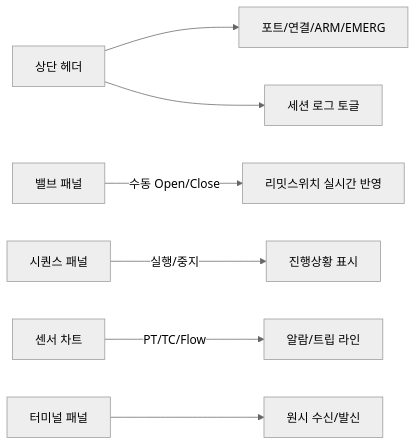
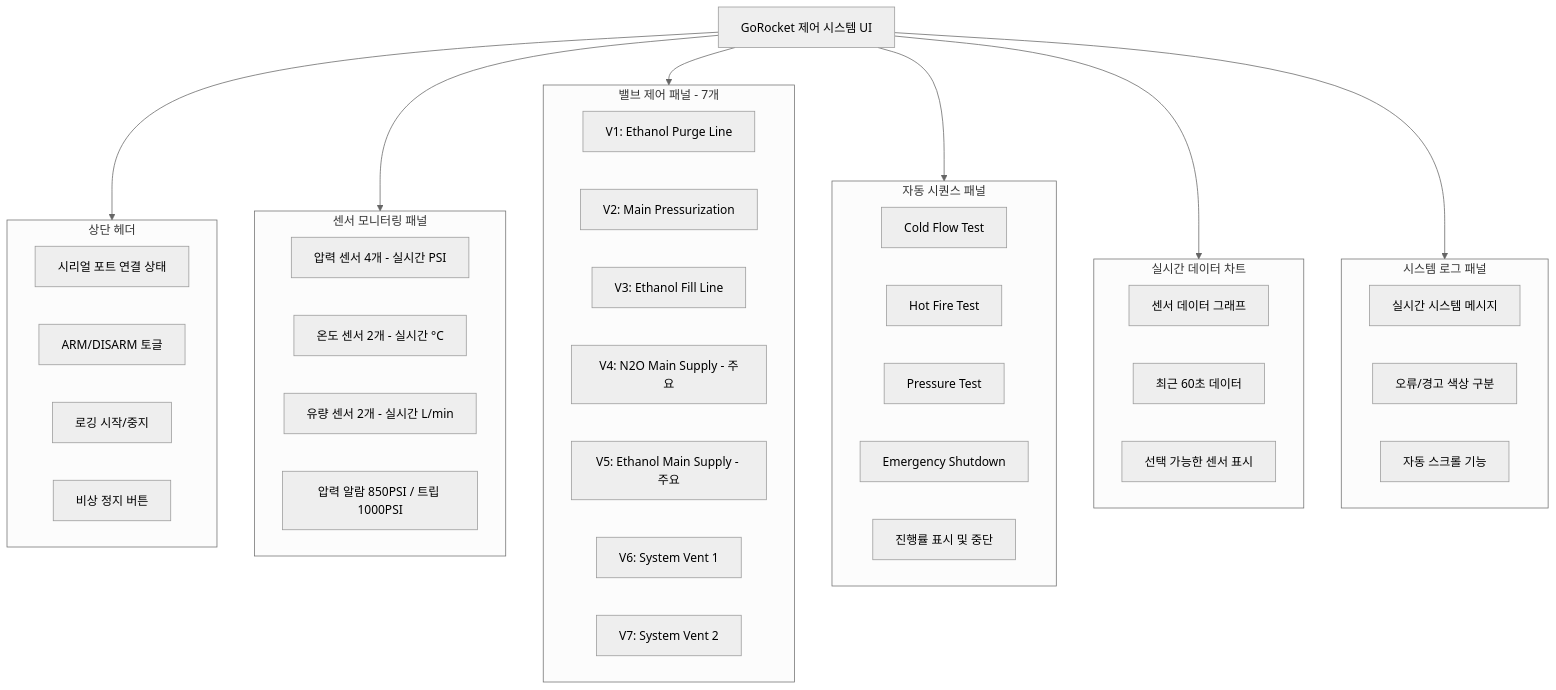
Before and after one commit to DragonsPoo/Gorocket-Control-System-GUI: the diagram in docs/diagrams/ui_overview.mmd, drawn with Mermaid (neutral theme). The commit also changed 1 other file, not shown here.

Commit message:
docs: rewrite README as comprehensive operations manual; update UI overview diagram

```diff
--- a/docs/diagrams/ui_overview.mmd
+++ b/docs/diagrams/ui_overview.mmd
@@ -1,18 +1,53 @@
-graph LR
-  A[상단 헤더]
-  B[포트/연결/ARM/EMERG]
-  C[세션 로그 토글]
-  D[밸브 패널]
-  D2[리밋스위치 실시간 반영]
-  E[시퀀스 패널]
-  E2[진행상황 표시]
-  F[센서 차트]
-  F2[알람/트립 라인]
-  G[터미널 패널]
-  H[원시 수신/발신]
-  A --> B
-  A --> C
-  D -->|수동 Open/Close| D2
-  E -->|실행/중지| E2
-  F -->|PT/TC/Flow| F2
-  G --> H
+graph TD
+  A[GoRocket 제어 시스템 UI]
+  
+  subgraph Header[상단 헤더]
+    B[시리얼 포트 연결 상태]
+    C[ARM/DISARM 토글]
+    D[로깅 시작/중지]
+    E[비상 정지 버튼]
+  end
+  
+  subgraph Sensors[센서 모니터링 패널]
+    F[압력 센서 4개 - 실시간 PSI]
+    G[온도 센서 2개 - 실시간 °C]
+    H[유량 센서 2개 - 실시간 L/min]
+    I[압력 알람 850PSI / 트립 1000PSI]
+  end
+  
+  subgraph Valves[밸브 제어 패널 - 7개]
+    J[V1: Ethanol Purge Line]
+    K[V2: Main Pressurization]
+    L[V3: Ethanol Fill Line]
+    M[V4: N2O Main Supply - 주요]
+    N[V5: Ethanol Main Supply - 주요]
+    O[V6: System Vent 1]
+    P[V7: System Vent 2]
+  end
+  
+  subgraph Sequence[자동 시퀀스 패널]
+    Q[Cold Flow Test]
+    R[Hot Fire Test]
+    S[Pressure Test]
+    T[Emergency Shutdown]
+    U[진행률 표시 및 중단]
+  end
+  
+  subgraph Charts[실시간 데이터 차트]
+    V[센서 데이터 그래프]
+    W[최근 60초 데이터]
+    X[선택 가능한 센서 표시]
+  end
+  
+  subgraph Terminal[시스템 로그 패널]
+    Y[실시간 시스템 메시지]
+    Z[오류/경고 색상 구분]
+    AA[자동 스크롤 기능]
+  end
+  
+  A --> Header
+  A --> Sensors
+  A --> Valves
+  A --> Sequence
+  A --> Charts
+  A --> Terminal
```
